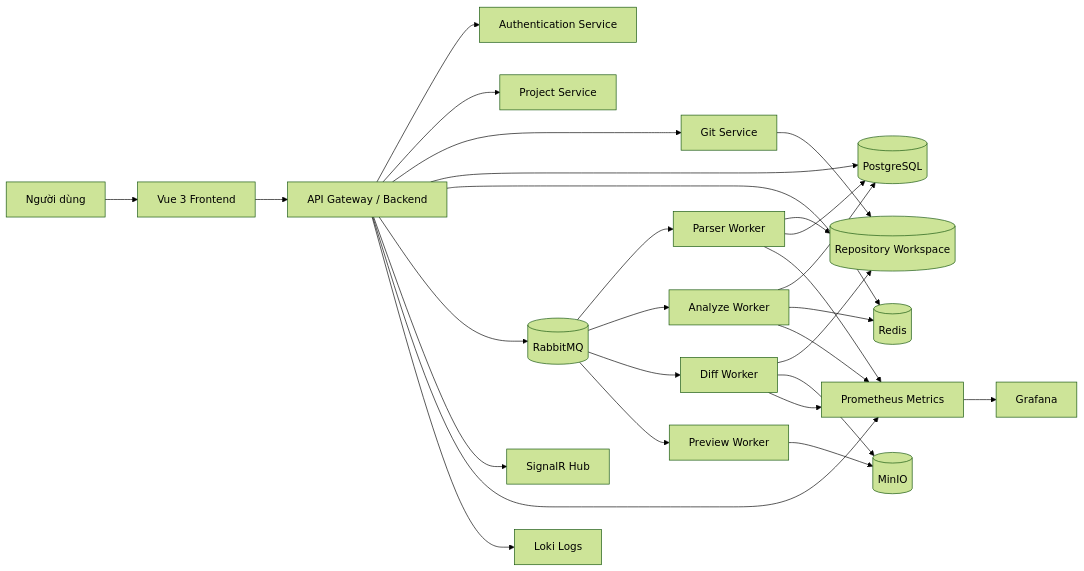
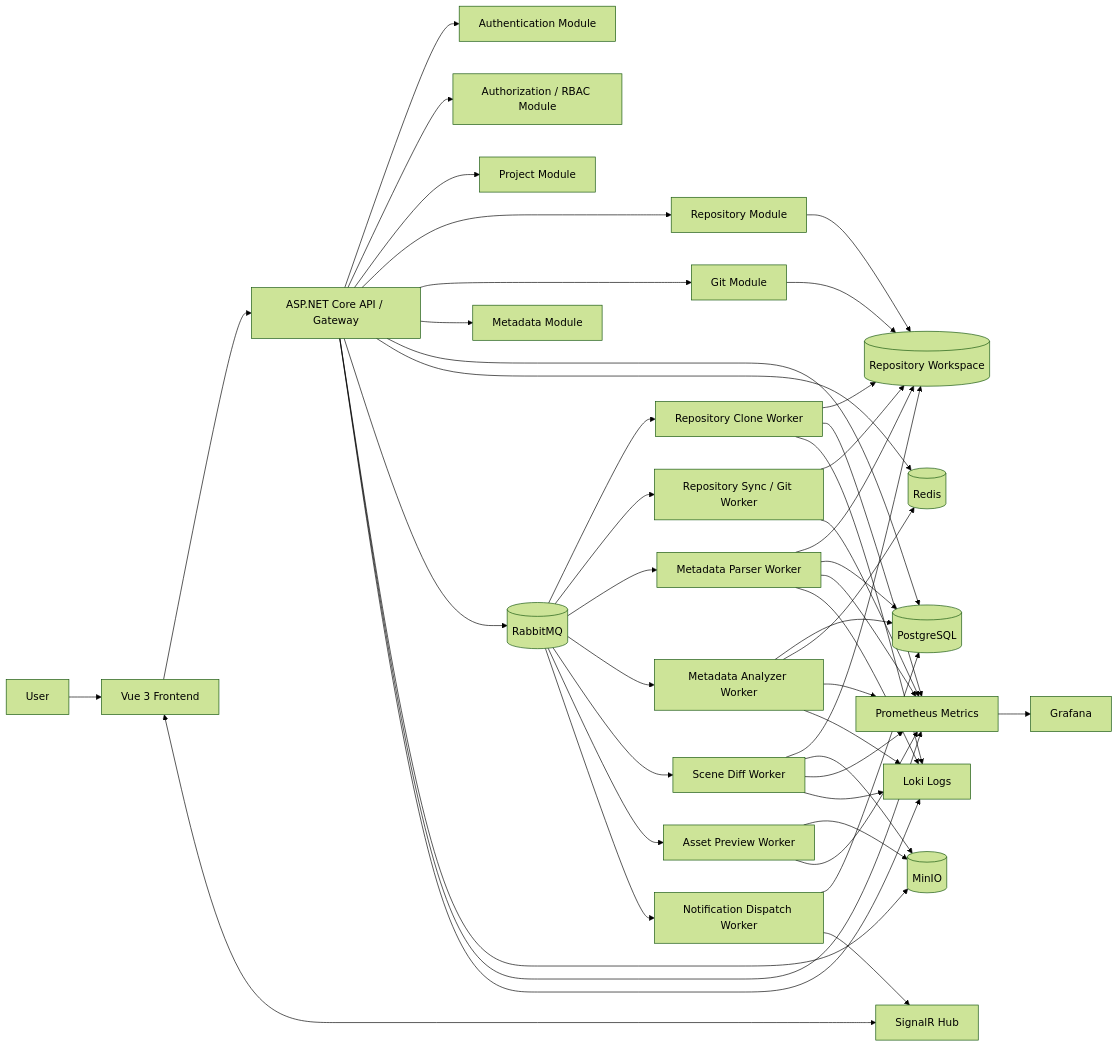
The diagram in docs/SRS/02-architecture.md (RudeusGs/GodForge), drawn with Mermaid (forest theme) before and after one commit. The commit also changed other lines of this file and 32 other files, not shown here.

````diff
--- a/docs/SRS/02-architecture.md
+++ b/docs/SRS/02-architecture.md
@@ -30,33 +71,54 @@
 ```mermaid
 flowchart LR
-    User[Người dùng] --> FE[Vue 3 Frontend]
-    FE --> API[API Gateway / Backend]
-    API --> Auth[Authentication Service]
-    API --> Project[Project Service]
-    API --> Git[Git Service]
+    User[User] --> FE[Vue 3 Frontend]
+    FE --> API[ASP.NET Core API / Gateway]
+    FE <--> SignalR[SignalR Hub]
+
+    API --> Auth[Authentication Module]
+    API --> RBAC[Authorization / RBAC Module]
+    API --> Project[Project Module]
+    API --> Repo[Repository Module]
+    API --> Git[Git Module]
+    API --> Metadata[Metadata Module]
     API --> PG[(PostgreSQL)]
     API --> Redis[(Redis)]
     API --> MQ[(RabbitMQ)]
-    API --> SignalR[SignalR Hub]
+    API --> MinIO[(MinIO)]
 
-    MQ --> Parser[Parser Worker]
-    MQ --> Analyzer[Analyze Worker]
-    MQ --> Diff[Diff Worker]
-    MQ --> Preview[Preview Worker]
+    MQ --> CloneWorker[Repository Clone Worker]
+    MQ --> GitWorker[Repository Sync / Git Worker]
+    MQ --> Parser[Metadata Parser Worker]
+    MQ --> Analyzer[Metadata Analyzer Worker]
+    MQ --> Diff[Scene Diff Worker]
+    MQ --> Preview[Asset Preview Worker]
+    MQ --> Notify[Notification Dispatch Worker]
 
-    Git --> Workspace[(Repository Workspace)]
+    Repo --> Workspace[(Repository Workspace)]
+    Git --> Workspace
+    CloneWorker --> Workspace
+    GitWorker --> Workspace
     Parser --> Workspace
     Diff --> Workspace
+
     Parser --> PG
     Analyzer --> PG
     Analyzer --> Redis
-    Diff --> MinIO[(MinIO)]
+    Diff --> MinIO
     Preview --> MinIO
+    Notify --> PG
+    Notify --> SignalR
 
     API --> Metrics[Prometheus Metrics]
+    CloneWorker --> Metrics
+    GitWorker --> Metrics
     Parser --> Metrics
     Analyzer --> Metrics
     Diff --> Metrics
+    Preview --> Metrics
     Metrics --> Grafana[Grafana]
     API --> Loki[Loki Logs]
+    CloneWorker --> Loki
+    Parser --> Loki
+    Analyzer --> Loki
+    Diff --> Loki
 ```
````
